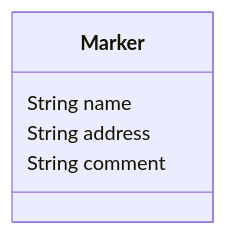
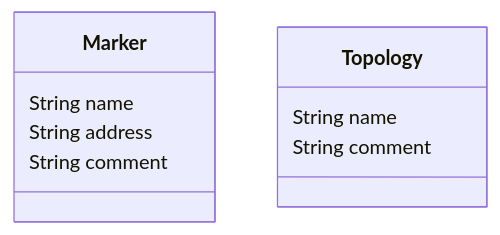
The diagram in README.md (YannCaron/Android-ENSG-Spatiaroom-TP), drawn with Mermaid before and after one commit. The commit also changed other lines of this file and 1 other file, not shown here.

````diff
--- a/README.md
+++ b/README.md
@@ -116,8 +131,12 @@
 ```mermaid
 classDiagram
 class Marker {
     String name
     String address
     String comment
-} 
+}
+class Topology {
+    String name
+    String comment
+}
 ```
````
